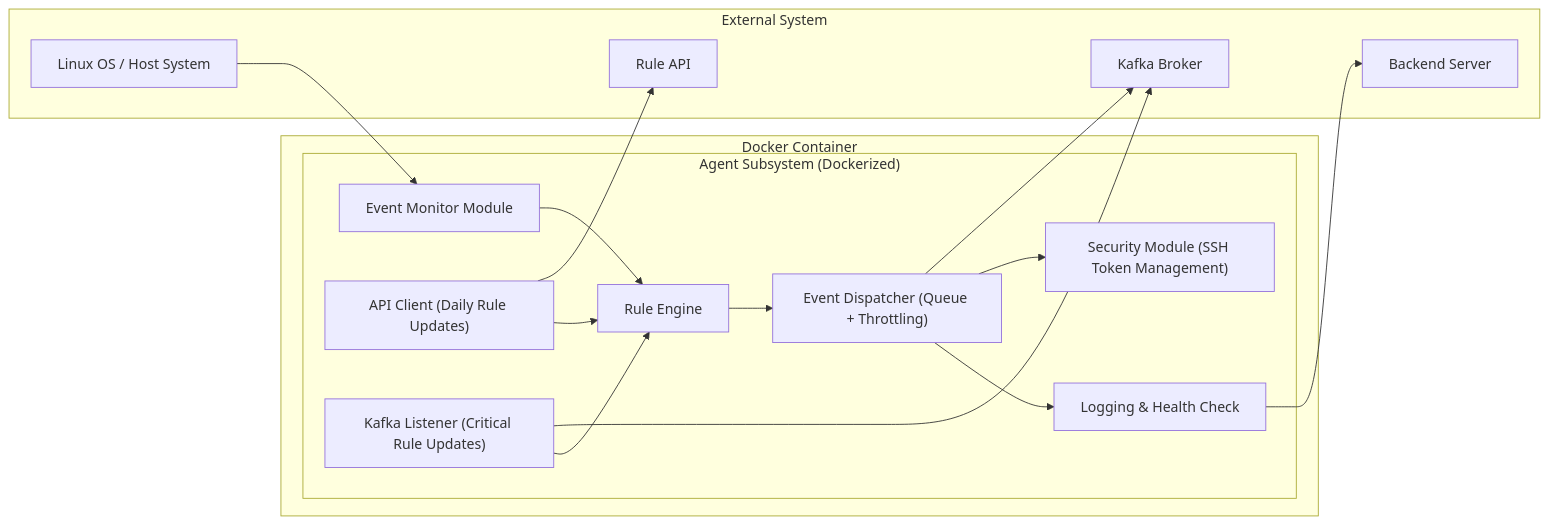
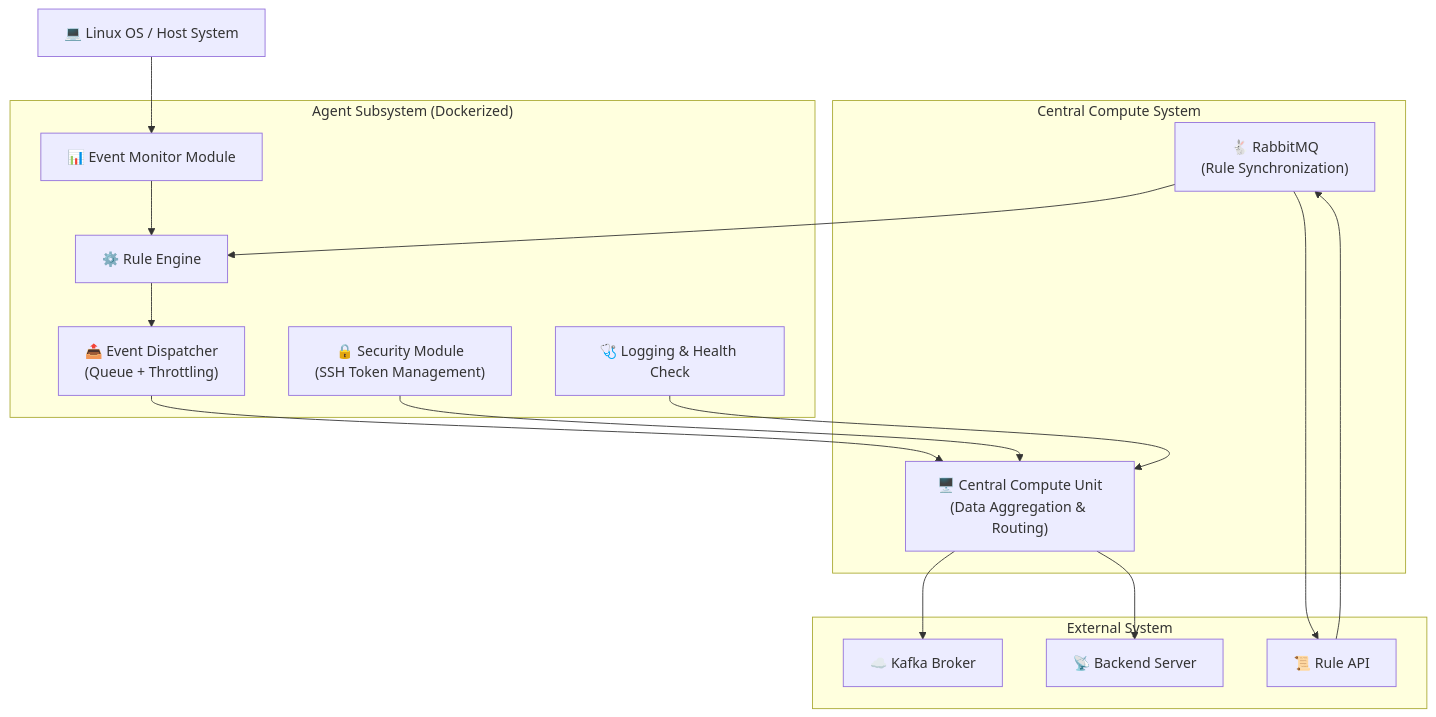
The first of 2 diagrams in README.md (myfishnameisqwerty/security-event-streaming-agent), drawn with Mermaid before and after one commit. The commit also changed other lines of this file, not shown here.

Commit message:
project design added deps level

````diff
--- a/README.md
+++ b/README.md
@@ -8,33 +8,34 @@
 ```mermaid
-flowchart LR
-    subgraph "Docker Container"
-        subgraph "Agent Subsystem (Dockerized)"
-            EM["Event Monitor Module"]
-            RE["Rule Engine"]
-            ED["Event Dispatcher (Queue + Throttling)"]
-            API["API Client (Daily Rule Updates)"]
-            KL["Kafka Listener (Critical Rule Updates)"]
-            SM["Security Module (SSH Token Management)"]
-            LH["Logging & Health Check"]
-        end
+flowchart TD
+    subgraph "Agent Subsystem (Dockerized)"
+        EM["📊 Event Monitor Module"]
+        RE["⚙️ Rule Engine"]
+        ED["📤 Event Dispatcher<br>(Queue + Throttling)"]
+        SM["🔒 Security Module<br>(SSH Token Management)"]
+        LH["🩺 Logging & Health Check"]
+    end
+
+    subgraph "Central Compute System"
+        CC["🖥️ Central Compute Unit<br>(Data Aggregation & Routing)"]
+        RMQ["🐇 RabbitMQ<br>(Rule Synchronization)"]
     end
 
     subgraph "External System"
-        OS["Linux OS / Host System"]
-        KB["Kafka Broker"]
-        BE["Backend Server"]
-        RA["Rule API"]
+        KB["☁️ Kafka Broker"]
+        BE["📡 Backend Server"]
+        RA["📜 Rule API"]
     end
 
-    OS --> EM
+    OS["💻 Linux OS / Host System"] --> EM
     EM --> RE
     RE --> ED
-    ED --> KB
-    API --> RA
-    KL --> KB
-    KL --> RE
-    API --> RE
-    ED --> SM
-    ED --> LH
-    LH --> BE
+    ED --> CC
+    SM --> CC
+    LH --> CC
+    CC --> KB
+    CC --> BE
+    RMQ --> RA
+    RA --> RMQ
+    RMQ --> RE
+
 ```
````
